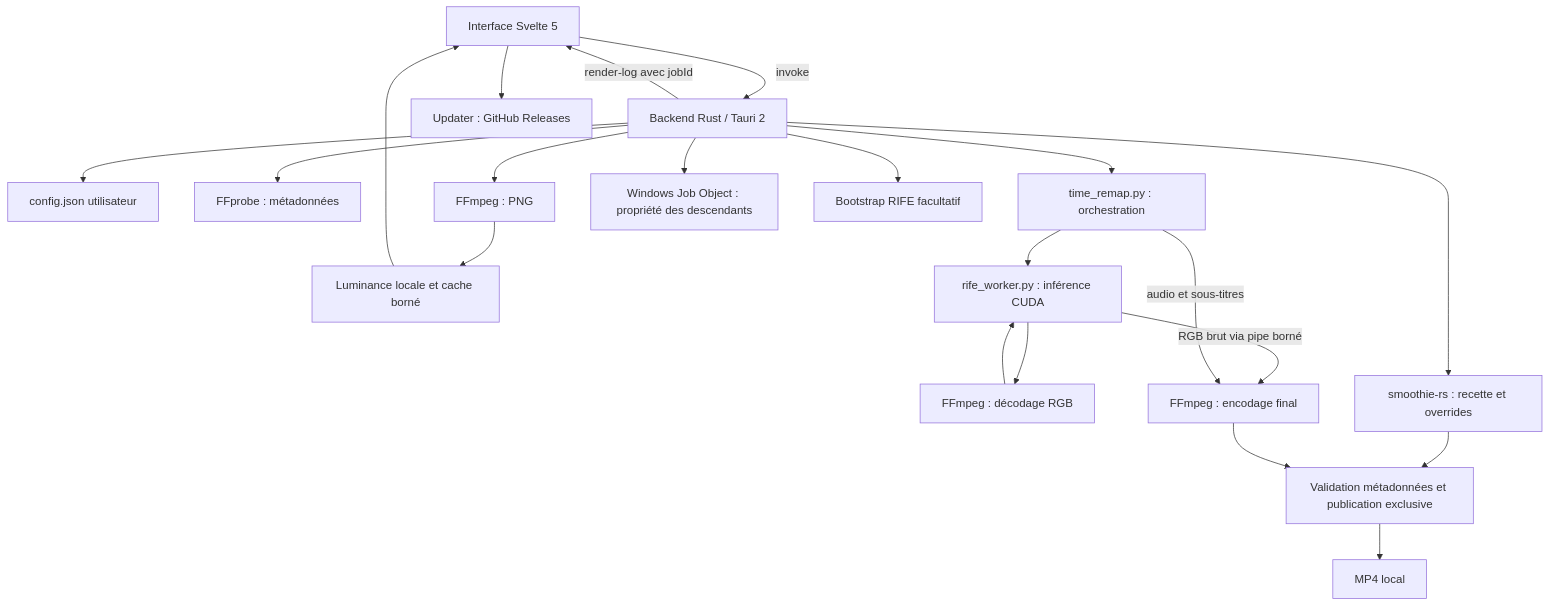
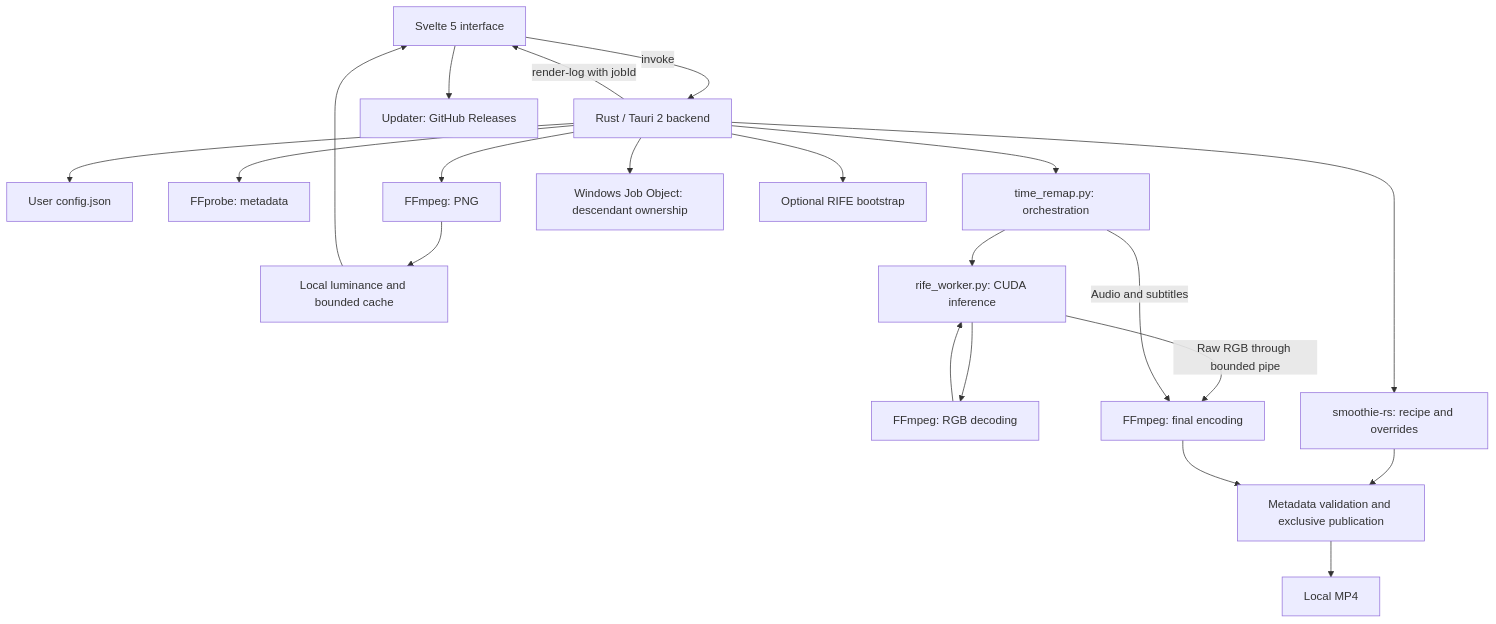
Before and after one commit to cia213/cia-app: the diagram in docs/CARTOGRAPHIE.md, drawn with Mermaid. The commit also changed other lines of this file and 30 other files, not shown here.

````diff
--- a/docs/CARTOGRAPHIE.md
+++ b/docs/CARTOGRAPHIE.md
@@ -7,23 +14,23 @@
 ```mermaid
 flowchart TD
-    UI[Interface Svelte 5] -->|invoke| BE[Backend Rust / Tauri 2]
-    BE -->|render-log avec jobId| UI
-    BE --> CFG[config.json utilisateur]
-    BE --> PROBE[FFprobe : métadonnées]
-    BE --> PREVIEW[FFmpeg : PNG]
-    PREVIEW --> SCORE[Luminance locale et cache borné]
+    UI[Svelte 5 interface] -->|invoke| BE[Rust / Tauri 2 backend]
+    BE -->|render-log with jobId| UI
+    BE --> CFG[User config.json]
+    BE --> PROBE[FFprobe: metadata]
+    BE --> PREVIEW[FFmpeg: PNG]
+    PREVIEW --> SCORE[Local luminance and bounded cache]
     SCORE --> UI
-    BE --> PY[time_remap.py : orchestration]
-    PY --> WORKER[rife_worker.py : inférence CUDA]
-    WORKER --> DECODE[FFmpeg : décodage RGB]
+    BE --> PY[time_remap.py: orchestration]
+    PY --> WORKER[rife_worker.py: CUDA inference]
+    WORKER --> DECODE[FFmpeg: RGB decoding]
     DECODE --> WORKER
-    WORKER -->|RGB brut via pipe borné| ENCODE[FFmpeg : encodage final]
-    PY -->|audio et sous-titres| ENCODE
-    BE --> SM[smoothie-rs : recette et overrides]
-    SM --> VERIFY[Validation métadonnées et publication exclusive]
+    WORKER -->|Raw RGB through bounded pipe| ENCODE[FFmpeg: final encoding]
+    PY -->|Audio and subtitles| ENCODE
+    BE --> SM[smoothie-rs: recipe and overrides]
+    SM --> VERIFY[Metadata validation and exclusive publication]
     ENCODE --> VERIFY
-    VERIFY --> OUT[MP4 local]
-    BE --> JOB[Windows Job Object : propriété des descendants]
-    BE --> BOOT[Bootstrap RIFE facultatif]
-    UI --> UPD[Updater : GitHub Releases]
+    VERIFY --> OUT[Local MP4]
+    BE --> JOB[Windows Job Object: descendant ownership]
+    BE --> BOOT[Optional RIFE bootstrap]
+    UI --> UPD[Updater: GitHub Releases]
 ```
````
